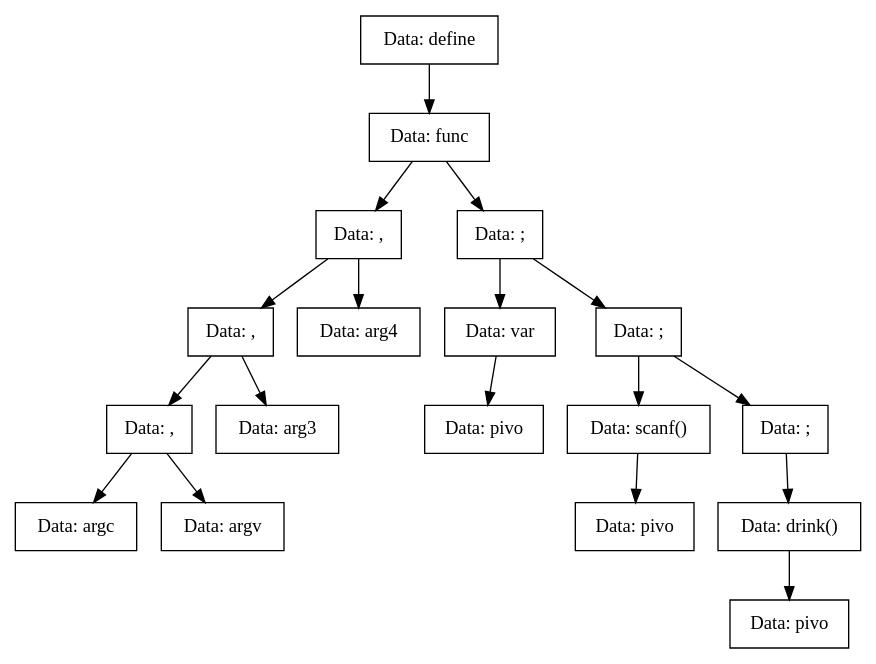
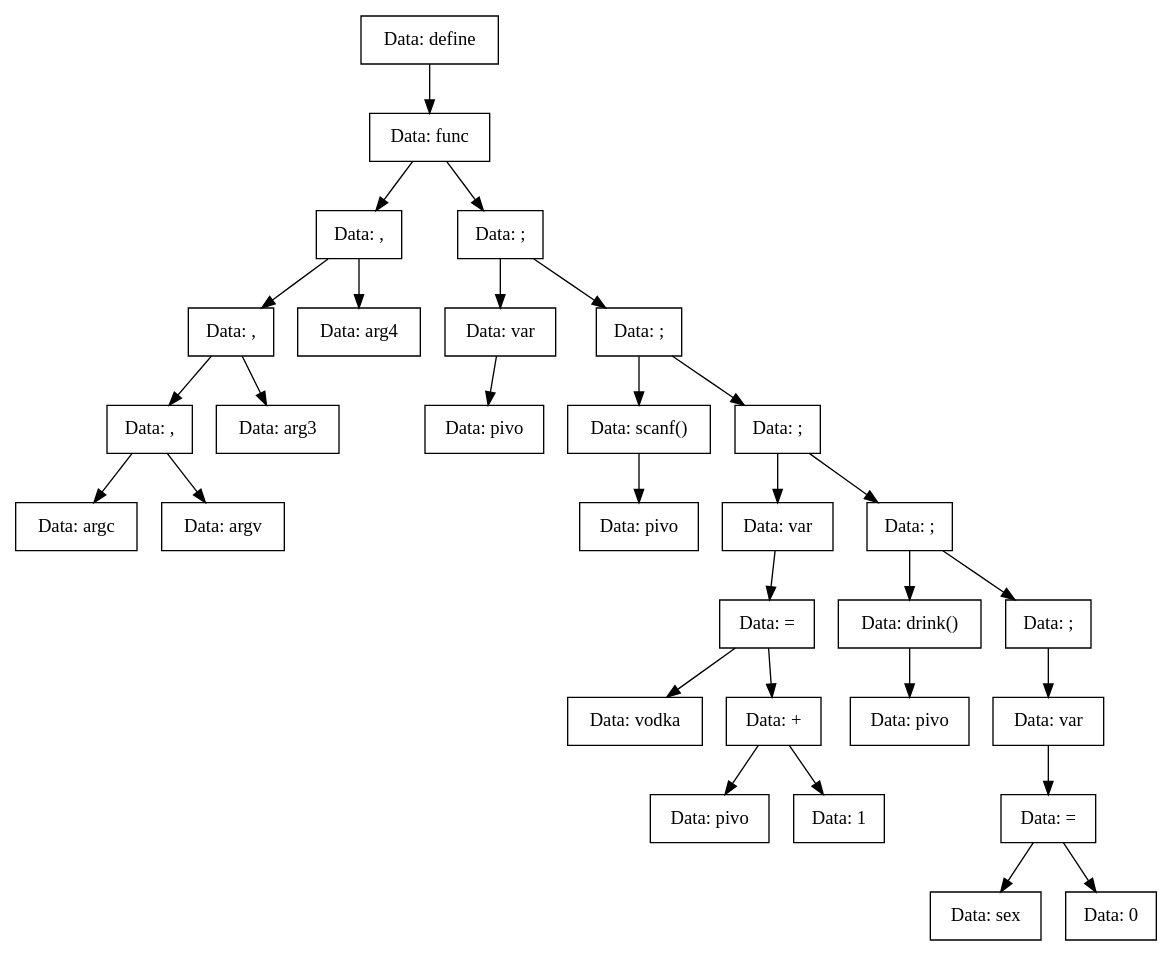
Before and after one commit to vorontsov-amd/Compiller: the diagram in TreeDump/func-utf8.dot, drawn with Graphviz. The commit also changed 18 other files, not shown here.

```diff
--- a/TreeDump/func-utf8.dot
+++ b/TreeDump/func-utf8.dot
@@ -1,37 +1,61 @@
 digraph func{
-Node0x55bca0ae15e0[shape="record", label="Data: define"];
-Node0x55bca0ae17c0[shape="record", label="Data: func"];
-Node0x55bca0ae1630[shape="record", label="Data: ,"];
-Node0x55bca0ae1770[shape="record", label="Data: ,"];
-Node0x55bca0ae1680[shape="record", label="Data: ,"];
-Node0x55bca0ae1720[shape="record", label="Data: argc"];
-Node0x55bca0ae1680->Node0x55bca0ae1720;
-Node0x55bca0ae16d0[shape="record", label="Data: argv"];
-Node0x55bca0ae1680->Node0x55bca0ae16d0;
-Node0x55bca0ae1770->Node0x55bca0ae1680;
-Node0x55bca0ae1540[shape="record", label="Data: arg3"];
-Node0x55bca0ae1770->Node0x55bca0ae1540;
-Node0x55bca0ae1630->Node0x55bca0ae1770;
-Node0x55bca0ae1950[shape="record", label="Data: arg4"];
-Node0x55bca0ae1630->Node0x55bca0ae1950;
-Node0x55bca0ae17c0->Node0x55bca0ae1630;
-Node0x55bca0ae1a90[shape="record", label="Data: ;"];
-Node0x55bca0ae1a40[shape="record", label="Data: var"];
-Node0x55bca0ae19f0[shape="record", label="Data: pivo"];
-Node0x55bca0ae1a40->Node0x55bca0ae19f0;
-Node0x55bca0ae1a90->Node0x55bca0ae1a40;
-Node0x55bca0ae1900[shape="record", label="Data: ;"];
-Node0x55bca0ae1810[shape="record", label="Data: scanf()"];
-Node0x55bca0ae1590[shape="record", label="Data: pivo"];
-Node0x55bca0ae1810->Node0x55bca0ae1590;
-Node0x55bca0ae1900->Node0x55bca0ae1810;
-Node0x55bca0ae19a0[shape="record", label="Data: ;"];
-Node0x55bca0ae18b0[shape="record", label="Data: drink()"];
-Node0x55bca0ae1860[shape="record", label="Data: pivo"];
-Node0x55bca0ae18b0->Node0x55bca0ae1860;
-Node0x55bca0ae19a0->Node0x55bca0ae18b0;
-Node0x55bca0ae1900->Node0x55bca0ae19a0;
-Node0x55bca0ae1a90->Node0x55bca0ae1900;
-Node0x55bca0ae17c0->Node0x55bca0ae1a90;
-Node0x55bca0ae15e0->Node0x55bca0ae17c0;
+Node0x559689da5d60[shape="record", label="Data: define"];
+Node0x559689da5f40[shape="record", label="Data: func"];
+Node0x559689da5db0[shape="record", label="Data: ,"];
+Node0x559689da5ef0[shape="record", label="Data: ,"];
+Node0x559689da5e00[shape="record", label="Data: ,"];
+Node0x559689da5ea0[shape="record", label="Data: argc"];
+Node0x559689da5e00->Node0x559689da5ea0;
+Node0x559689da5e50[shape="record", label="Data: argv"];
+Node0x559689da5e00->Node0x559689da5e50;
+Node0x559689da5ef0->Node0x559689da5e00;
+Node0x559689da5cc0[shape="record", label="Data: arg3"];
+Node0x559689da5ef0->Node0x559689da5cc0;
+Node0x559689da5db0->Node0x559689da5ef0;
+Node0x559689da64e0[shape="record", label="Data: arg4"];
+Node0x559689da5db0->Node0x559689da64e0;
+Node0x559689da5f40->Node0x559689da5db0;
+Node0x559689da6490[shape="record", label="Data: ;"];
+Node0x559689da63a0[shape="record", label="Data: var"];
+Node0x559689da6170[shape="record", label="Data: pivo"];
+Node0x559689da63a0->Node0x559689da6170;
+Node0x559689da6490->Node0x559689da63a0;
+Node0x559689da6080[shape="record", label="Data: ;"];
+Node0x559689da5f90[shape="record", label="Data: scanf()"];
+Node0x559689da5d10[shape="record", label="Data: pivo"];
+Node0x559689da5f90->Node0x559689da5d10;
+Node0x559689da6080->Node0x559689da5f90;
+Node0x559689da6530[shape="record", label="Data: ;"];
+Node0x559689da62b0[shape="record", label="Data: var"];
+Node0x559689da6210[shape="record", label="Data: ="];
+Node0x559689da61c0[shape="record", label="Data: vodka"];
+Node0x559689da6210->Node0x559689da61c0;
+Node0x559689da6440[shape="record", label="Data: +"];
+Node0x559689da63f0[shape="record", label="Data: pivo"];
+Node0x559689da6440->Node0x559689da63f0;
+Node0x559689da6580[shape="record", label="Data: 1"];
+Node0x559689da6440->Node0x559689da6580;
+Node0x559689da6210->Node0x559689da6440;
+Node0x559689da62b0->Node0x559689da6210;
+Node0x559689da6530->Node0x559689da62b0;
+Node0x559689da65d0[shape="record", label="Data: ;"];
+Node0x559689da6350[shape="record", label="Data: drink()"];
+Node0x559689da6030[shape="record", label="Data: pivo"];
+Node0x559689da6350->Node0x559689da6030;
+Node0x559689da65d0->Node0x559689da6350;
+Node0x559689da5fe0[shape="record", label="Data: ;"];
+Node0x559689da6120[shape="record", label="Data: var"];
+Node0x559689da60d0[shape="record", label="Data: ="];
+Node0x559689da6260[shape="record", label="Data: sex"];
+Node0x559689da60d0->Node0x559689da6260;
+Node0x559689da6300[shape="record", label="Data: 0"];
+Node0x559689da60d0->Node0x559689da6300;
+Node0x559689da6120->Node0x559689da60d0;
+Node0x559689da5fe0->Node0x559689da6120;
+Node0x559689da65d0->Node0x559689da5fe0;
+Node0x559689da6530->Node0x559689da65d0;
+Node0x559689da6080->Node0x559689da6530;
+Node0x559689da6490->Node0x559689da6080;
+Node0x559689da5f40->Node0x559689da6490;
+Node0x559689da5d60->Node0x559689da5f40;
 }
```
